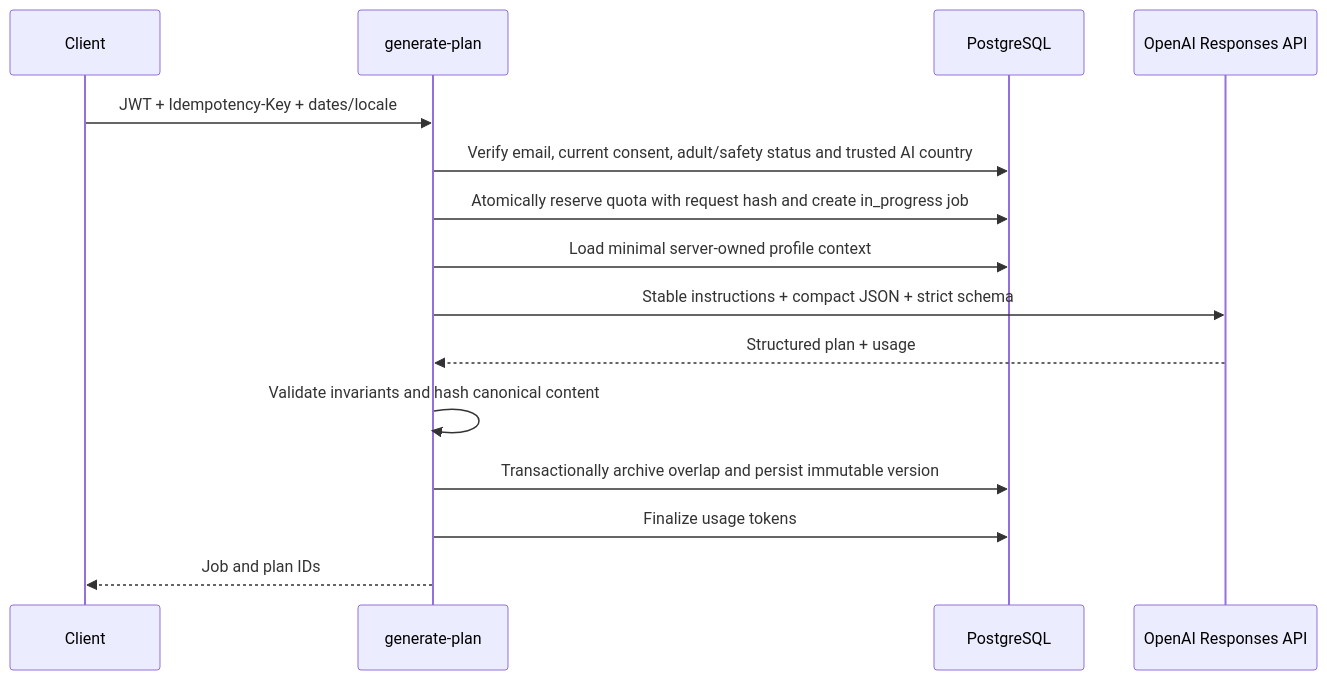
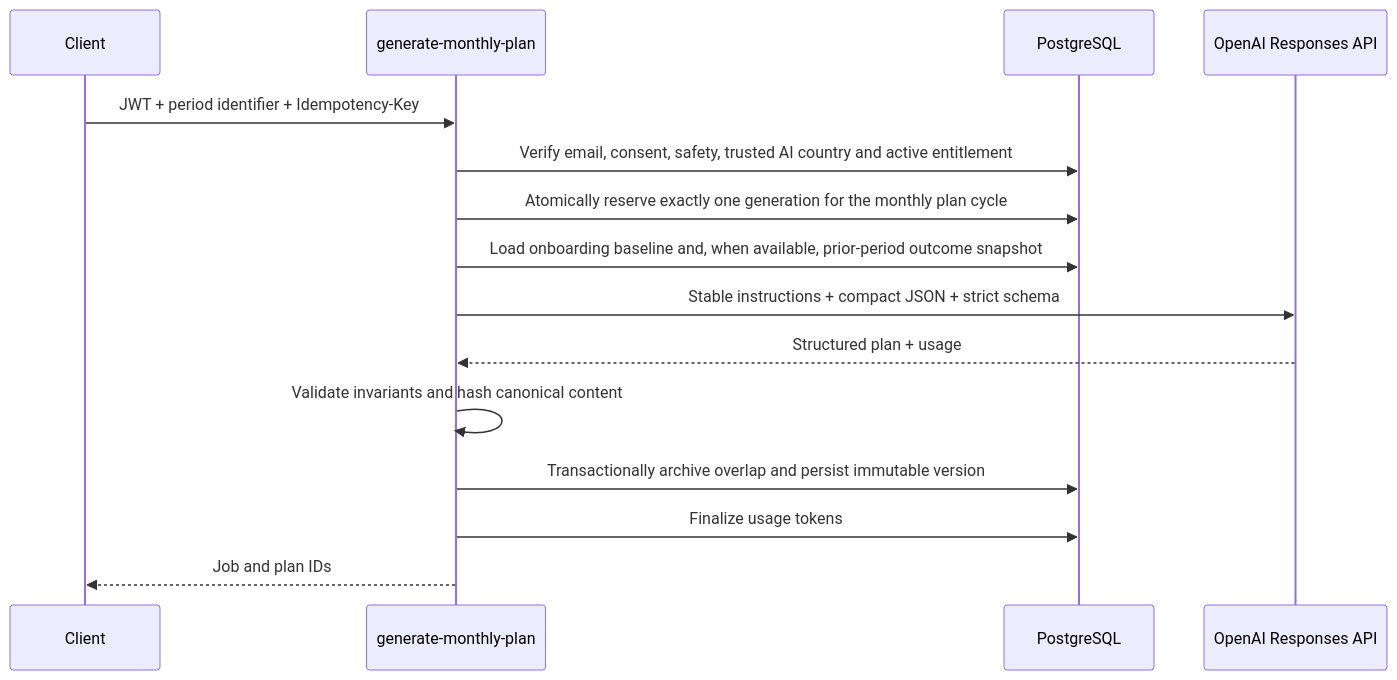
Before and after one commit to pooriapm/Momentum: the diagram in docs/architecture/ai-architecture.md, drawn with Mermaid. The commit also changed other lines of this file and 92 other files, not shown here.

````diff
--- a/docs/architecture/ai-architecture.md
+++ b/docs/architecture/ai-architecture.md
@@ -22,17 +20,17 @@
 ```mermaid
 sequenceDiagram
   participant C as Client
-  participant E as generate-plan
+  participant E as generate-monthly-plan
   participant D as PostgreSQL
   participant O as OpenAI Responses API
-  C->>E: JWT + Idempotency-Key + dates/locale
-  E->>D: Verify email, current consent, adult/safety status and trusted AI country
-  E->>D: Atomically reserve quota with request hash and create in_progress job
-  E->>D: Load minimal server-owned profile context
+  C->>E: JWT + period identifier + Idempotency-Key
+  E->>D: Verify email, consent, safety, trusted AI country and active entitlement
+  E->>D: Atomically reserve exactly one generation for the monthly plan cycle
+  E->>D: Load onboarding baseline and, when available, prior-period outcome snapshot
   E->>O: Stable instructions + compact JSON + strict schema
   O-->>E: Structured plan + usage
   E->>E: Validate invariants and hash canonical content
   E->>D: Transactionally archive overlap and persist immutable version
   E->>D: Finalize usage tokens
   E-->>C: Job and plan IDs
 ```
````
